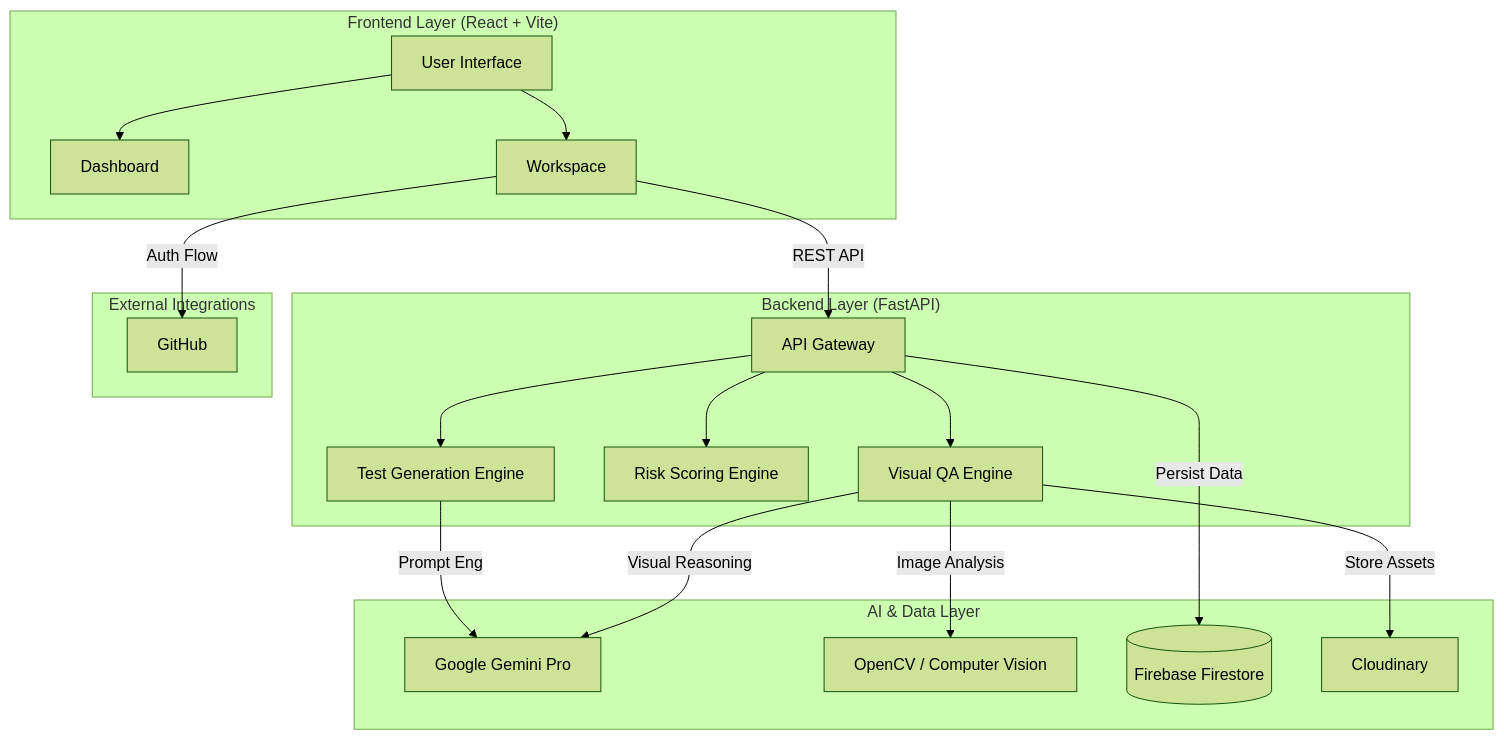
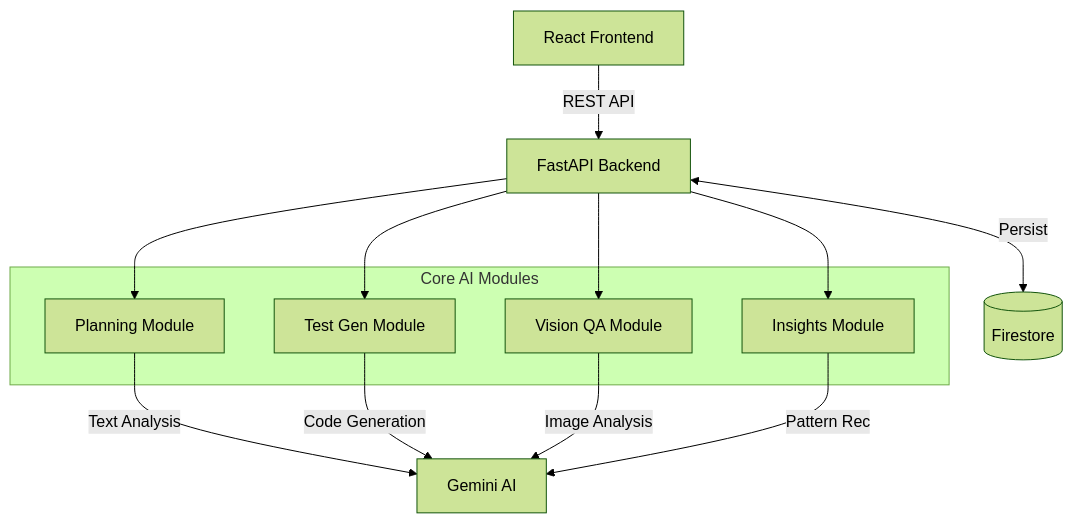
The first of 2 diagrams in README.md (PATTASWAMY-VISHWAK-YASASHREE/octus), drawn with Mermaid (forest theme) before and after one commit. The commit also changed other lines of this file, not shown here.

First line of the commit message:
Revise README: architecture, features, and setup

````diff
--- a/README.md
+++ b/README.md
@@ -36,42 +19,27 @@
 ```mermaid
-graph TB
-    subgraph "Frontend Layer (React + Vite)"
-        UI[User Interface]
-        Dash[Dashboard]
-        Work[Workspace]
-        UI --> Dash
-        UI --> Work
+graph TD
+    Client[React Frontend]
+    API[FastAPI Backend]
+    DB[(Firestore)]
+    AI[Gemini AI]
+    
+    Client -->|REST API| API
+    API <-->|Persist| DB
+    
+    subgraph "Core AI Modules"
+        Planning[Planning Module]
+        TestGen[Test Gen Module]
+        Vision[Vision QA Module]
+        Insights[Insights Module]
     end
-
-    subgraph "Backend Layer (FastAPI)"
-        API[API Gateway]
-        TestEng[Test Generation Engine]
-        RiskEng[Risk Scoring Engine]
-        VisionEng[Visual QA Engine]
-        
-        API --> TestEng
-        API --> RiskEng
-        API --> VisionEng
-    end
-
-    subgraph "AI & Data Layer"
-        Gemini[Google Gemini Pro]
-        OpenCV[OpenCV / Computer Vision]
-        DB[(Firebase Firestore)]
-        Storage[Cloudinary]
-    end
-
-    subgraph "External Integrations"
-        GH[GitHub]
-    end
-
-    Work -->|Auth Flow| GH
-    Work -->|REST API| API
     
-    TestEng -->|Prompt Eng| Gemini
-    VisionEng -->|Image Analysis| OpenCV
-    VisionEng -->|Visual Reasoning| Gemini
+    API --> Planning
+    API --> TestGen
+    API --> Vision
+    API --> Insights
     
-    API -->|Persist Data| DB
-    VisionEng -->|Store Assets| Storage
+    Planning -->|Text Analysis| AI
+    TestGen -->|Code Generation| AI
+    Vision -->|Image Analysis| AI
+    Insights -->|Pattern Rec| AI
 ```
````
